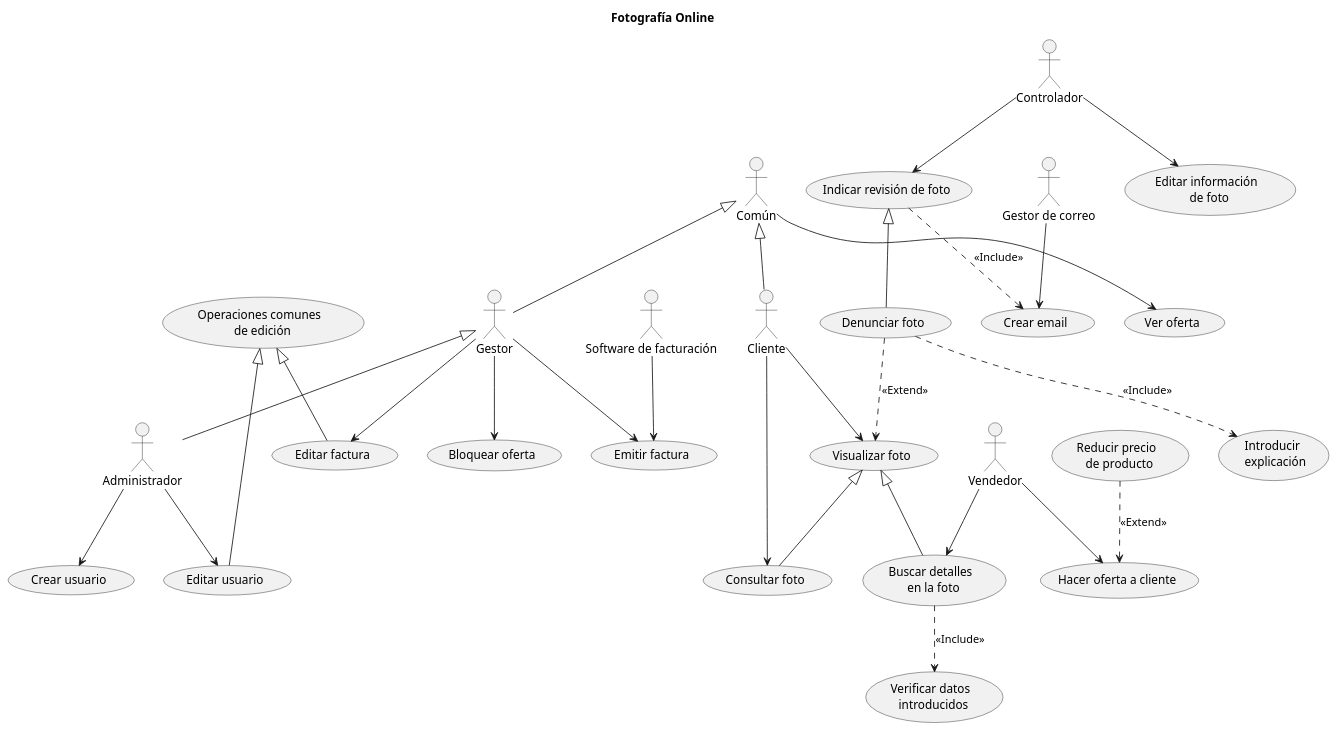
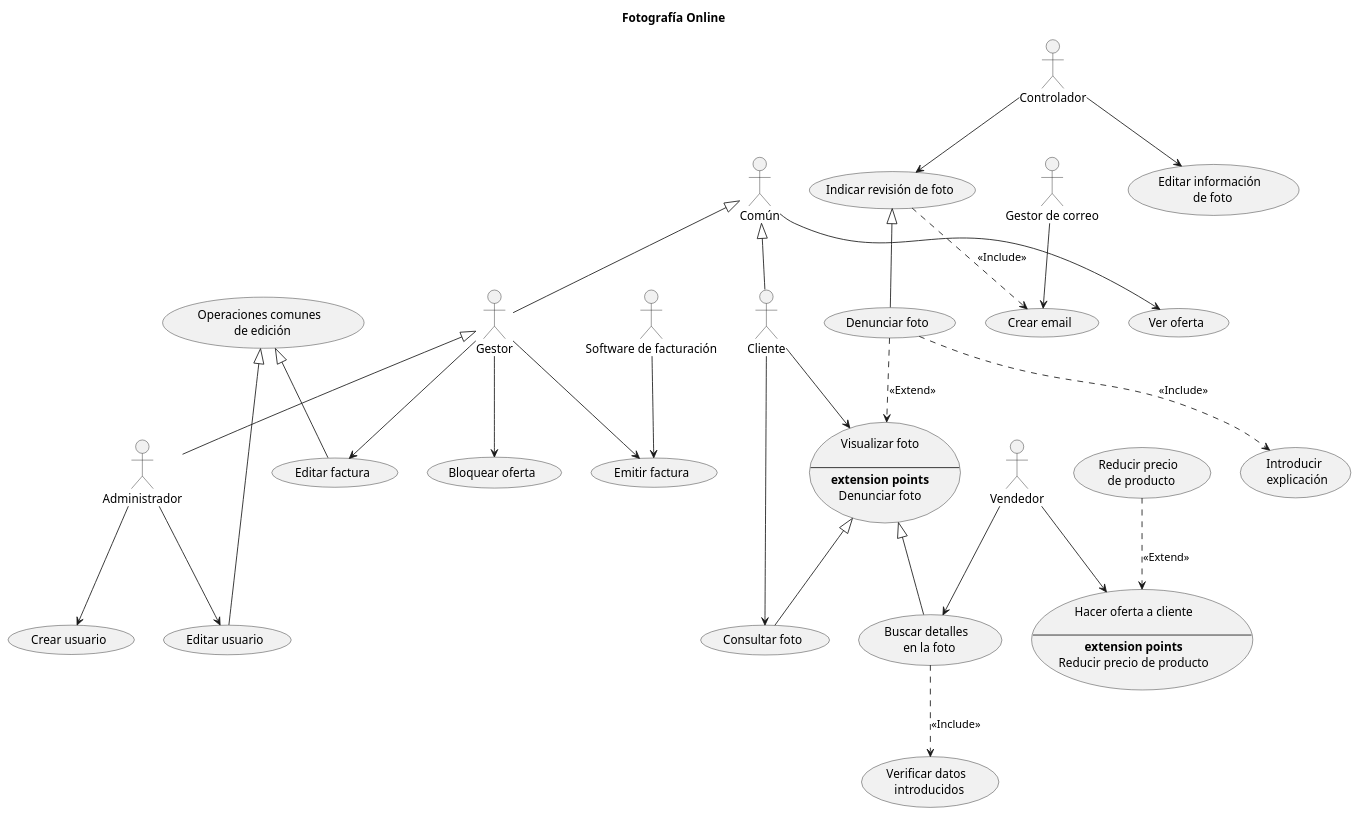
One commit to emg842/INRE-UAL-ROJO-2022 changed the diagram in LAB0/src/fotografia_online.puml. Above: the diagram before and after it, drawn with PlantUML. The commit also changed 12 other files, not shown here.

Commit message:
Correccion extension points lab0

```diff
--- a/LAB0/src/fotografia_online.puml
+++ b/LAB0/src/fotografia_online.puml
@@ -1,63 +1,71 @@
 @startuml sistema_de_compras
 title Fotografía Online
 
 :Administrador: as A1
 :Cliente: as A2
 :Común: as A3
 :Controlador: as A4
 :Gestor: as A5
 :Gestor de correo: as A6
 :Software de facturación: as A7
 :Vendedor: as A8
 
 (Bloquear oferta) as UC1
 (Buscar detalles \n en la foto)  as UC2
 (Consultar foto) as UC3
 (Crear email) as UC4
 (Crear usuario) as UC5
 (Denunciar foto) as UC6
 (Editar factura) as UC7
 (Editar información \n de foto) as UC8
 (Editar usuario) as UC9
 (Emitir factura) as UC10
-(Hacer oferta a cliente) as UC11
+usecase UC11 as "Hacer oferta a cliente
+
+--
+**extension points**
+Reducir precio de producto"
 (Indicar revisión de foto) as UC12
 (Introducir \n explicación) as UC13
 (Operaciones comunes \n de edición) as UC14
 (Reducir precio \n de producto)  as UC15
 (Ver oferta) as UC16
 (Verificar datos \n introducidos) as UC17
-(Visualizar foto) as UC18
+usecase UC18 as "Visualizar foto
+
+--
+**extension points**
+Denunciar foto"
 
 A1 --> UC5
 A1 --> UC9
 A2 --> UC3
 A2 --> UC18
 A3 --> UC16
 A4 --> UC8
 A4 --> UC12
 A5 --> UC1
 A5 --> UC7
 A5 --> UC10
 A6 --> UC4
 A7 --> UC10
 A8 --> UC11
 A8 --> UC2
 
 A3 <|-- A2
 A3 <|-- A5
 A5 <|-- A1
 UC12 <|-- UC6
 UC14 <|-- UC7
 UC14 <|-- UC9
 UC18 <|-- UC2
 UC18 <|-- UC3
 
 UC6 ..> UC18 : <<Extend>>
 UC15 ..> UC11 : <<Extend>>
 
 UC2 ..> UC17 : <<Include>>
 UC6 ..> UC13 : <<Include>>
 UC12 ..> UC4 : <<Include>>
 
 @enduml
```
